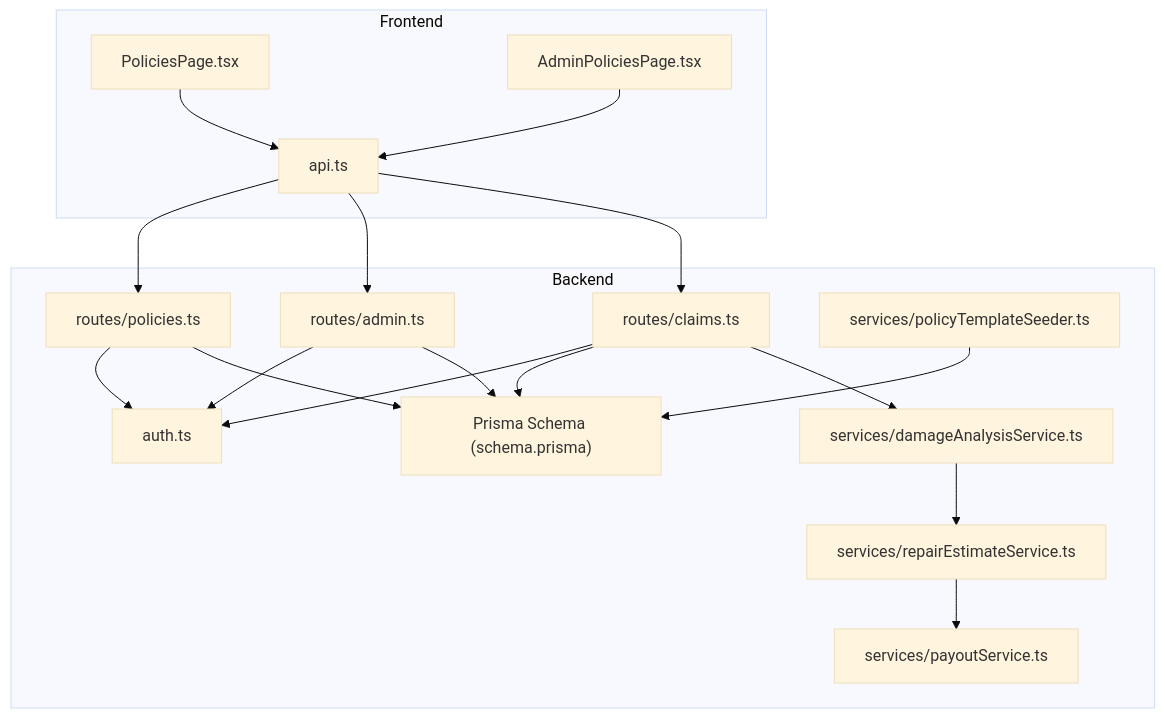
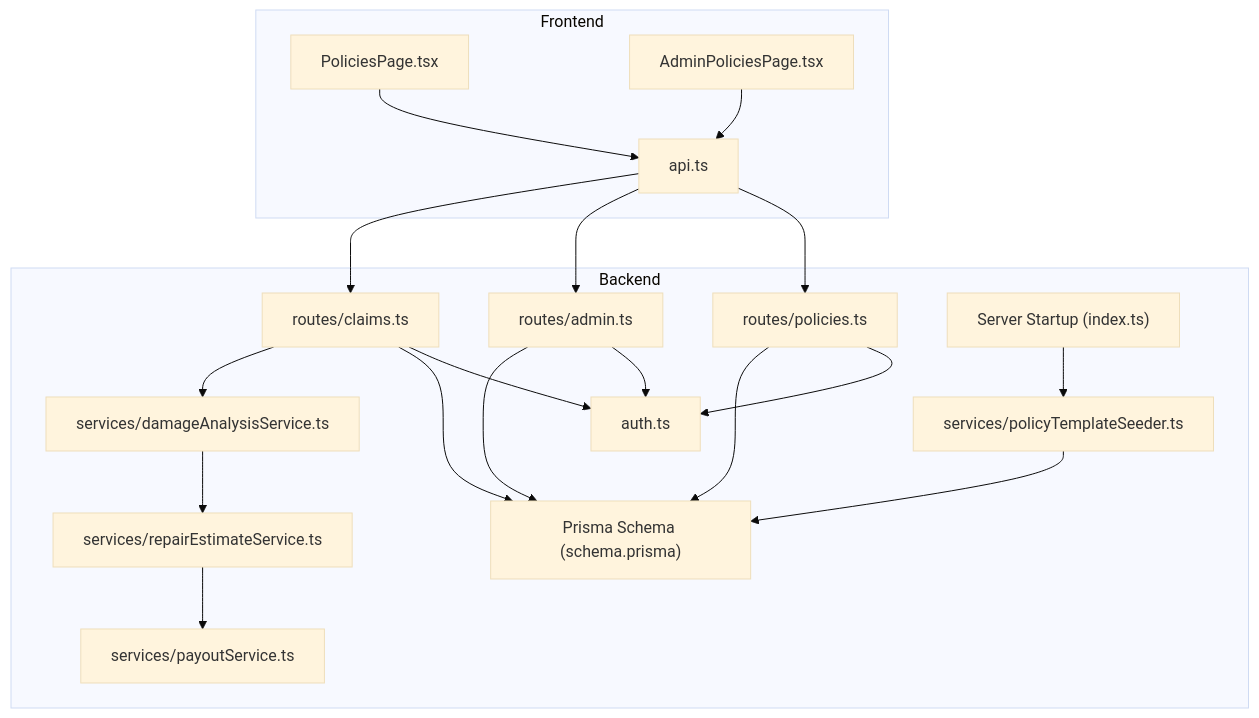
One commit to NaveenHiranya/Smart-Vehicle-Insurance-Claim-System changed the first of 8 diagrams in .qoder/repowiki/en/content/Business Logic Layer/Policy Management System.md. Above: the diagram before and after it, drawn with Mermaid (base theme). The commit also changed other lines of this file and 33 other files, not shown here.

````diff
--- a/.qoder/repowiki/en/content/Business Logic Layer/Policy Management System.md
+++ b/.qoder/repowiki/en/content/Business Logic Layer/Policy Management System.md
@@ -49,34 +51,36 @@
 ```mermaid
 graph TB
 subgraph "Frontend"
 FE_Policies["PoliciesPage.tsx"]
 FE_Admin["AdminPoliciesPage.tsx"]
 FE_API["api.ts"]
 end
 subgraph "Backend"
 AuthMW["auth.ts"]
 Routes_Policies["routes/policies.ts"]
 Routes_Admin["routes/admin.ts"]
 Routes_Claims["routes/claims.ts"]
 Service_Template["services/policyTemplateSeeder.ts"]
 Service_Damage["services/damageAnalysisService.ts"]
 Service_Estimate["services/repairEstimateService.ts"]
 Service_Payout["services/payoutService.ts"]
 DB["Prisma Schema (schema.prisma)"]
+Server["Server Startup (index.ts)"]
 end
 FE_Policies --> FE_API
 FE_Admin --> FE_API
 FE_API --> Routes_Policies
 FE_API --> Routes_Admin
 FE_API --> Routes_Claims
 Routes_Policies --> AuthMW
 Routes_Admin --> AuthMW
 Routes_Claims --> AuthMW
 Routes_Policies --> DB
 Routes_Admin --> DB
 Routes_Claims --> DB
 Routes_Claims --> Service_Damage
 Service_Damage --> Service_Estimate
 Service_Estimate --> Service_Payout
 Service_Template --> DB
+Server --> Service_Template
 ```
````
